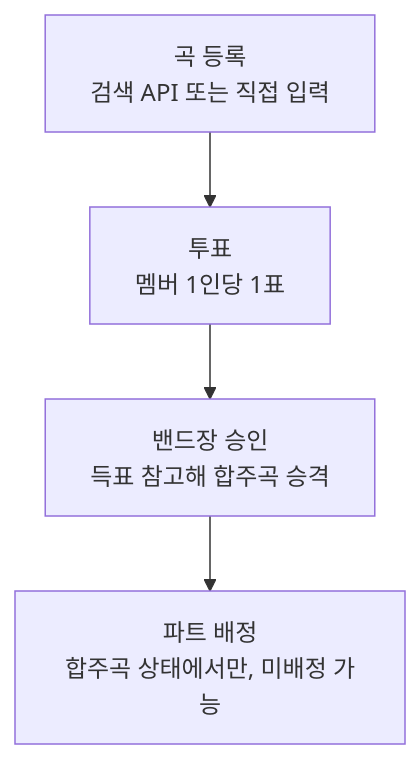
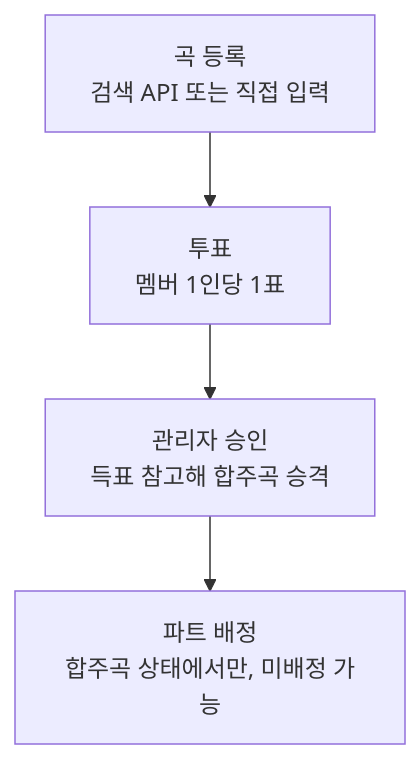
One commit to hyunsoo121/Bandive changed the third of 4 diagrams in README.md. Above: the diagram before and after it, drawn with Mermaid. The commit also changed other lines of this file and 31 other files, not shown here.

Commit message:
chore: 밴드장 -> 관리자 명칭 변경

````diff
--- a/README.md
+++ b/README.md
@@ -313,6 +313,6 @@
 ```mermaid
 flowchart TD
     A[곡 등록<br/>검색 API 또는 직접 입력] --> B[투표<br/>멤버 1인당 1표]
-    B --> C[밴드장 승인<br/>득표 참고해 합주곡 승격]
+    B --> C[관리자 승인<br/>득표 참고해 합주곡 승격]
     C --> D[파트 배정<br/>합주곡 상태에서만, 미배정 가능]
 ```
````
